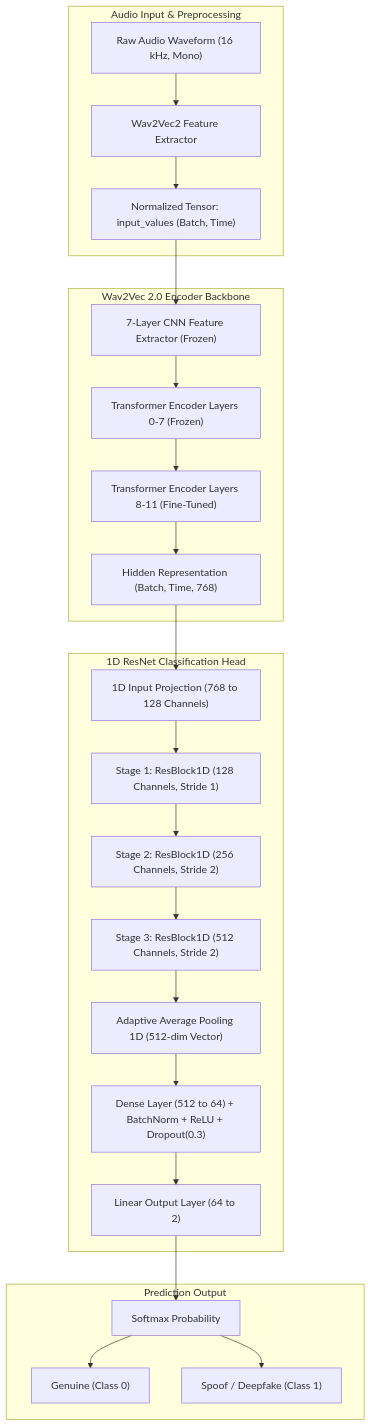
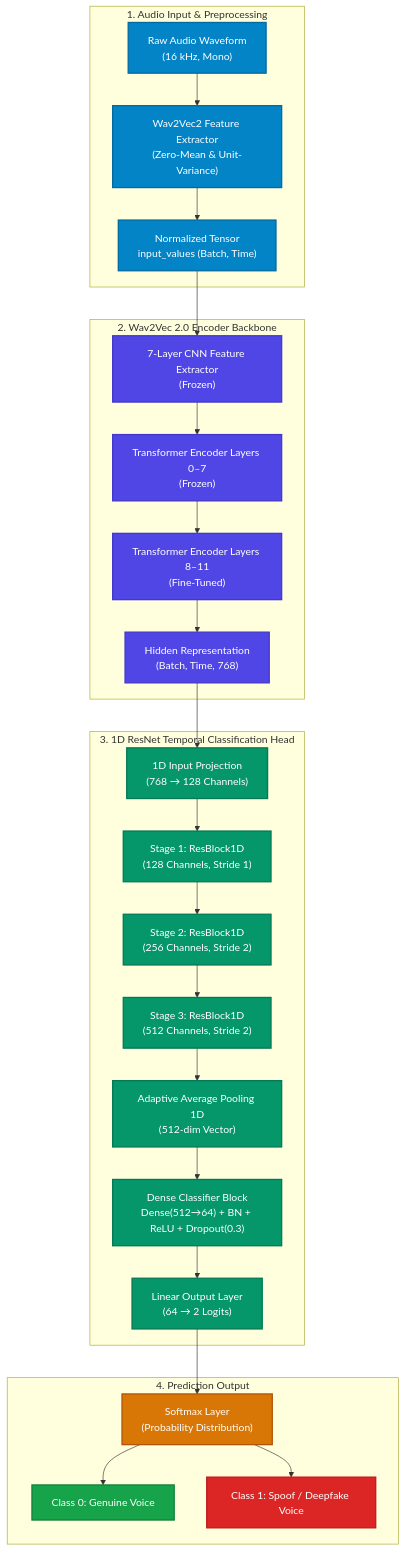
One commit to codebysumit/deepfake_voice_recognition changed the diagram in README.md. Above: the diagram before and after it, drawn with Mermaid. The commit also changed 1 other file, not shown here.

Commit message:
updated mermaid diagrams

````diff
--- a/README.md
+++ b/README.md
@@ -49,30 +49,66 @@
 ```mermaid
 flowchart TD
-    subgraph AudioInput["Audio Input & Preprocessing"]
-        A["Raw Audio Waveform (16 kHz, Mono)"] --> B["Wav2Vec2 Feature Extractor"]
-        B --> C["Normalized Tensor: input_values (Batch, Time)"]
+    %% Subgraph 1: Audio Input & Preprocessing
+    subgraph AudioInput["1. Audio Input & Preprocessing"]
+        A["Raw Audio Waveform<br/>(16 kHz, Mono)"]
+        B["Wav2Vec2 Feature Extractor<br/>(Zero-Mean & Unit-Variance)"]
+        C["Normalized Tensor<br/>input_values (Batch, Time)"]
+        A --> B
+        B --> C
     end
 
-    subgraph Backbone["Wav2Vec 2.0 Encoder Backbone"]
-        C --> D["7-Layer CNN Feature Extractor (Frozen)"]
-        D --> E["Transformer Encoder Layers 0-7 (Frozen)"]
-        E --> F["Transformer Encoder Layers 8-11 (Fine-Tuned)"]
-        F --> G["Hidden Representation (Batch, Time, 768)"]
+    %% Subgraph 2: Wav2Vec Backbone
+    subgraph Backbone["2. Wav2Vec 2.0 Encoder Backbone"]
+        D["7-Layer CNN Feature Extractor<br/>(Frozen)"]
+        E["Transformer Encoder Layers 0–7<br/>(Frozen)"]
+        F["Transformer Encoder Layers 8–11<br/>(Fine-Tuned)"]
+        G["Hidden Representation<br/>(Batch, Time, 768)"]
+        C --> D
+        D --> E
+        E --> F
+        F --> G
     end
 
-    subgraph ResNetHead["1D ResNet Classification Head"]
-        G --> H["1D Input Projection (768 to 128 Channels)"]
-        H --> I["Stage 1: ResBlock1D (128 Channels, Stride 1)"]
-        I --> J["Stage 2: ResBlock1D (256 Channels, Stride 2)"]
-        J --> K["Stage 3: ResBlock1D (512 Channels, Stride 2)"]
-        K --> L["Adaptive Average Pooling 1D (512-dim Vector)"]
-        L --> M["Dense Layer (512 to 64) + BatchNorm + ReLU + Dropout(0.3)"]
-        M --> N["Linear Output Layer (64 to 2)"]
+    %% Subgraph 3: 1D ResNet Temporal Head
+    subgraph ResNetHead["3. 1D ResNet Temporal Classification Head"]
+        H["1D Input Projection<br/>(768 → 128 Channels)"]
+        I["Stage 1: ResBlock1D<br/>(128 Channels, Stride 1)"]
+        J["Stage 2: ResBlock1D<br/>(256 Channels, Stride 2)"]
+        K["Stage 3: ResBlock1D<br/>(512 Channels, Stride 2)"]
+        L["Adaptive Average Pooling 1D<br/>(512-dim Vector)"]
+        M["Dense Classifier Block<br/>Dense(512→64) + BN + ReLU + Dropout(0.3)"]
+        N["Linear Output Layer<br/>(64 → 2 Logits)"]
+        G --> H
+        H --> I
+        I --> J
+        J --> K
+        K --> L
+        L --> M
+        M --> N
     end
 
-    subgraph Classification["Prediction Output"]
-        N --> O["Softmax Probability"]
-        O --> P["Genuine (Class 0)"]
-        O --> Q["Spoof / Deepfake (Class 1)"]
+    %% Subgraph 4: Predictions
+    subgraph Classification["4. Prediction Output"]
+        O["Softmax Layer<br/>(Probability Distribution)"]
+        P["Class 0: Genuine Voice"]
+        Q["Class 1: Spoof / Deepfake Voice"]
+        N --> O
+        O --> P
+        O --> Q
     end
+
+    %% Styling for High Contrast and Dark/Light Theme Compatibility
+    classDef inputNode fill:#0284c7,stroke:#0369a1,stroke-width:2px,color:#ffffff;
+    classDef backboneNode fill:#4f46e5,stroke:#4338ca,stroke-width:2px,color:#ffffff;
+    classDef resnetNode fill:#059669,stroke:#047857,stroke-width:2px,color:#ffffff;
+    classDef outputNode fill:#d97706,stroke:#b45309,stroke-width:2px,color:#ffffff;
+    classDef genuineNode fill:#16a34a,stroke:#15803d,stroke-width:2px,color:#ffffff;
+    classDef fakeNode fill:#dc2626,stroke:#b91c1c,stroke-width:2px,color:#ffffff;
+
+    class A,B,C inputNode;
+    class D,E,F,G backboneNode;
+    class H,I,J,K,L,M,N resnetNode;
+    class O outputNode;
+    class P genuineNode;
+    class Q fakeNode;
 ```
````
